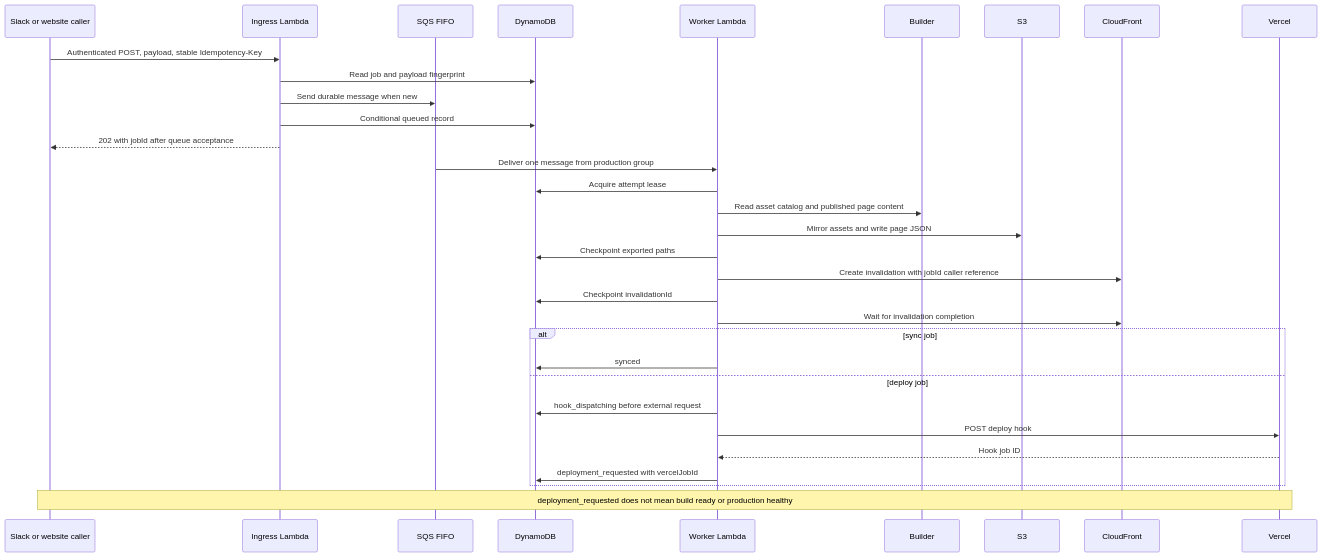
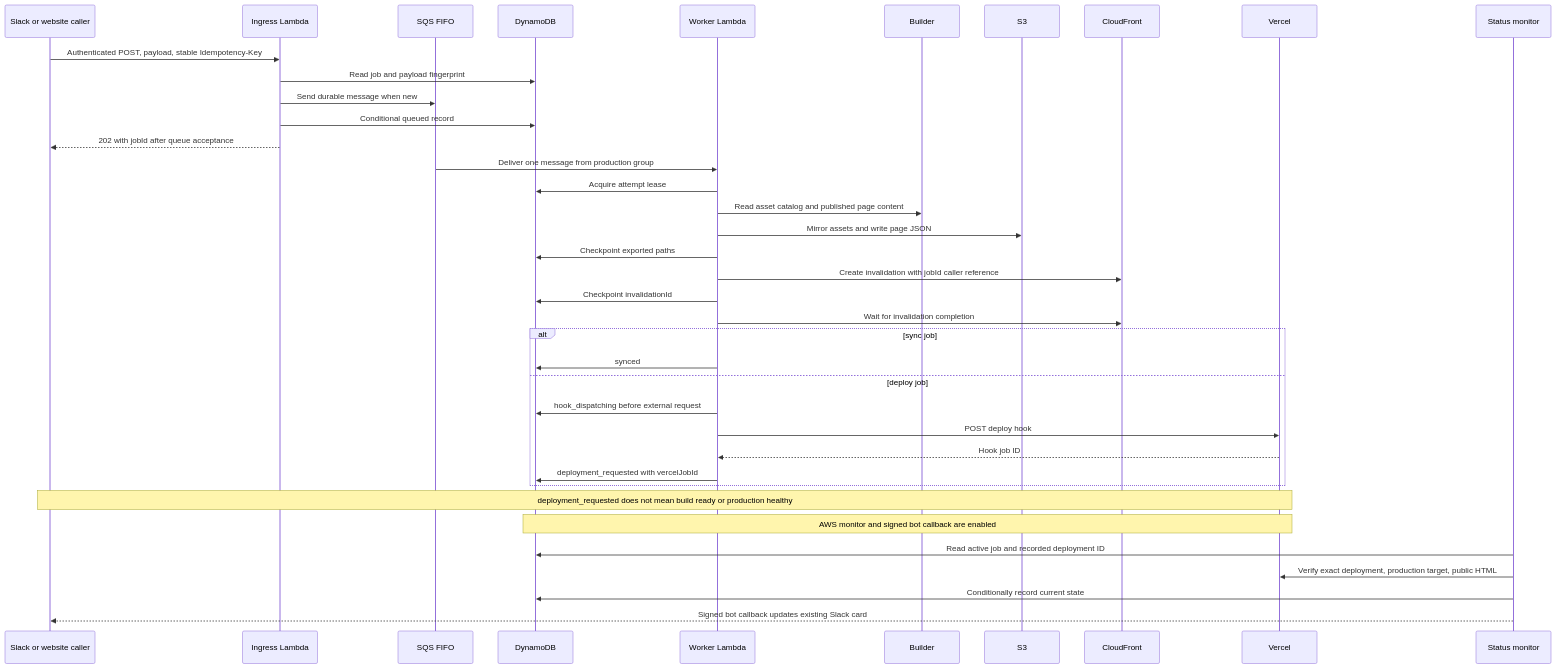
One commit to MONO-Advertising/mono-deployer changed the second of 5 diagrams in docs/ARCHITECTURE.md. Above: the diagram before and after it, drawn with Mermaid. The commit also changed other lines of this file and 13 other files, not shown here.

First line of the commit message:
Track publishing progress and exact production status (#4)

````diff
--- a/docs/ARCHITECTURE.md
+++ b/docs/ARCHITECTURE.md
@@ -93,34 +126,40 @@
 ```mermaid
 sequenceDiagram
   participant Caller as Slack or website caller
   participant API as Ingress Lambda
   participant Q as SQS FIFO
   participant DB as DynamoDB
   participant W as Worker Lambda
   participant B as Builder
   participant S as S3
   participant C as CloudFront
   participant V as Vercel
+  participant M as Status monitor
   Caller->>API: Authenticated POST, payload, stable Idempotency-Key
   API->>DB: Read job and payload fingerprint
   API->>Q: Send durable message when new
   API->>DB: Conditional queued record
   API-->>Caller: 202 with jobId after queue acceptance
   Q->>W: Deliver one message from production group
   W->>DB: Acquire attempt lease
   W->>B: Read asset catalog and published page content
   W->>S: Mirror assets and write page JSON
   W->>DB: Checkpoint exported paths
   W->>C: Create invalidation with jobId caller reference
   W->>DB: Checkpoint invalidationId
   W->>C: Wait for invalidation completion
   alt sync job
     W->>DB: synced
   else deploy job
     W->>DB: hook_dispatching before external request
     W->>V: POST deploy hook
     V-->>W: Hook job ID
     W->>DB: deployment_requested with vercelJobId
   end
   Note over Caller,V: deployment_requested does not mean build ready or production healthy
+  Note over DB,V: AWS monitor and signed bot callback are enabled
+  M->>DB: Read active job and recorded deployment ID
+  M->>V: Verify exact deployment, production target, public HTML
+  M->>DB: Conditionally record current state
+  M-->>Caller: Signed bot callback updates existing Slack card
 ```
````
